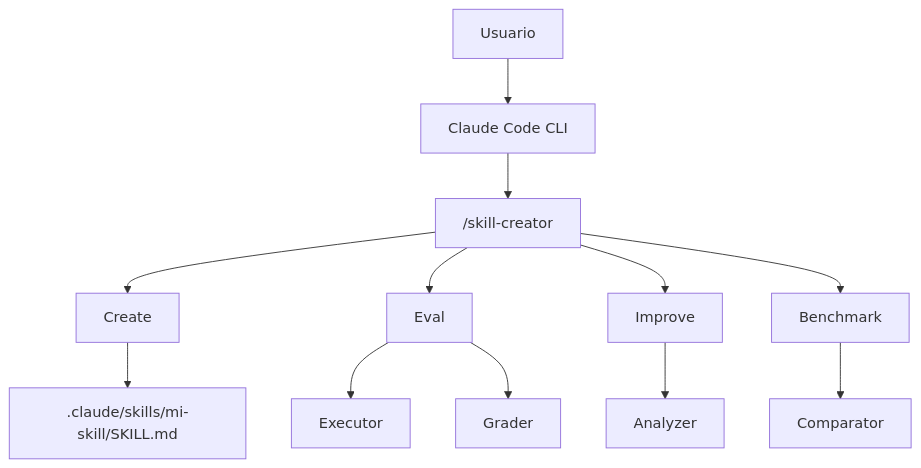
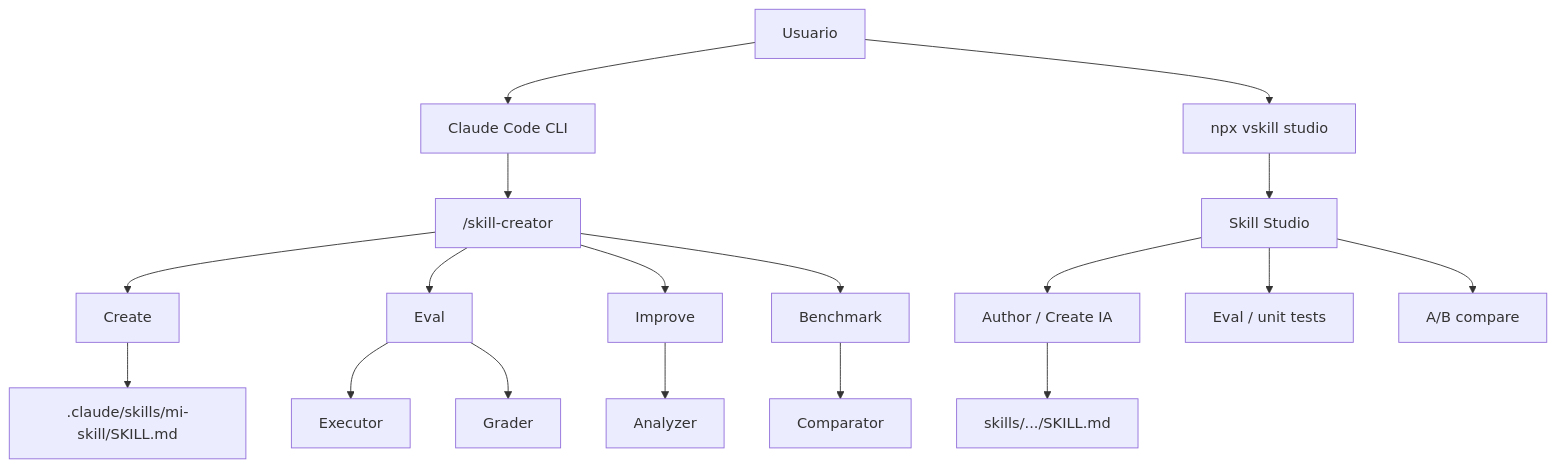
One commit to HectorAndradeBayteq/taller-sdd changed the second of 2 diagrams in etapa-1/laboratorios/skills/creacion/README.md. Above: the diagram before and after it, drawn with Mermaid. The commit also changed other lines of this file, not shown here.

Commit message:
Update skill laboratory with vskill studio and eval-driven concepts

````diff
--- a/etapa-1/laboratorios/skills/creacion/README.md
+++ b/etapa-1/laboratorios/skills/creacion/README.md
@@ -48,15 +108,22 @@
 ```mermaid
 flowchart TD
     U[Usuario] --> CC[Claude Code CLI]
     CC --> SC["/skill-creator"]
     SC --> Create[Create]
     SC --> Eval[Eval]
     SC --> Improve[Improve]
     SC --> Bench[Benchmark]
 
     Create --> SK[.claude/skills/mi-skill/SKILL.md]
     Eval --> EX[Executor]
     Eval --> GR[Grader]
     Improve --> AN[Analyzer]
     Bench --> CMP[Comparator]
+
+    U --> VS["npx vskill studio"]
+    VS --> ST[Skill Studio]
+    ST --> Author[Author / Create IA]
+    ST --> EvStudio[Eval / unit tests]
+    ST --> AB[A/B compare]
+    Author --> SK2["skills/.../SKILL.md"]
 ```
````
